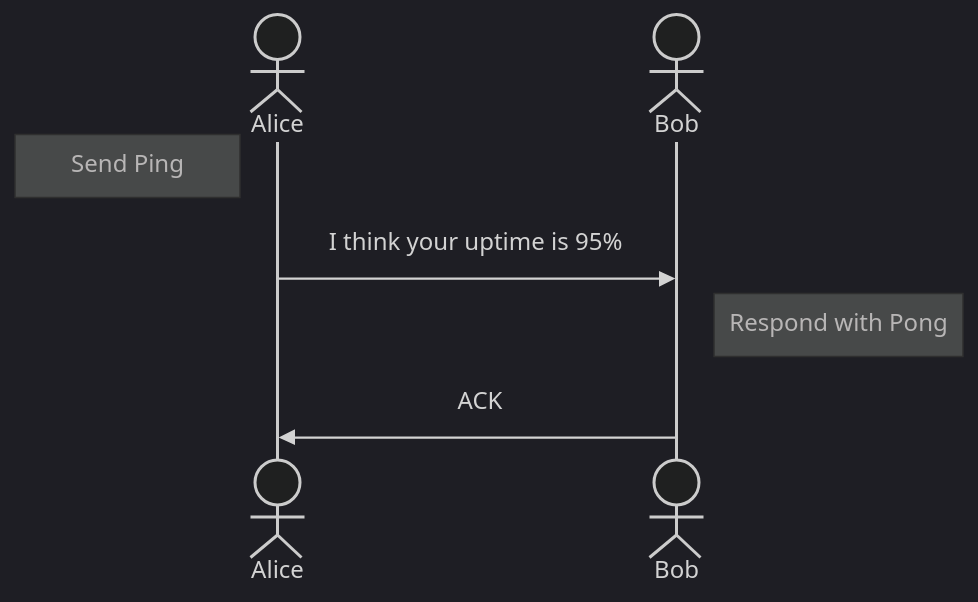
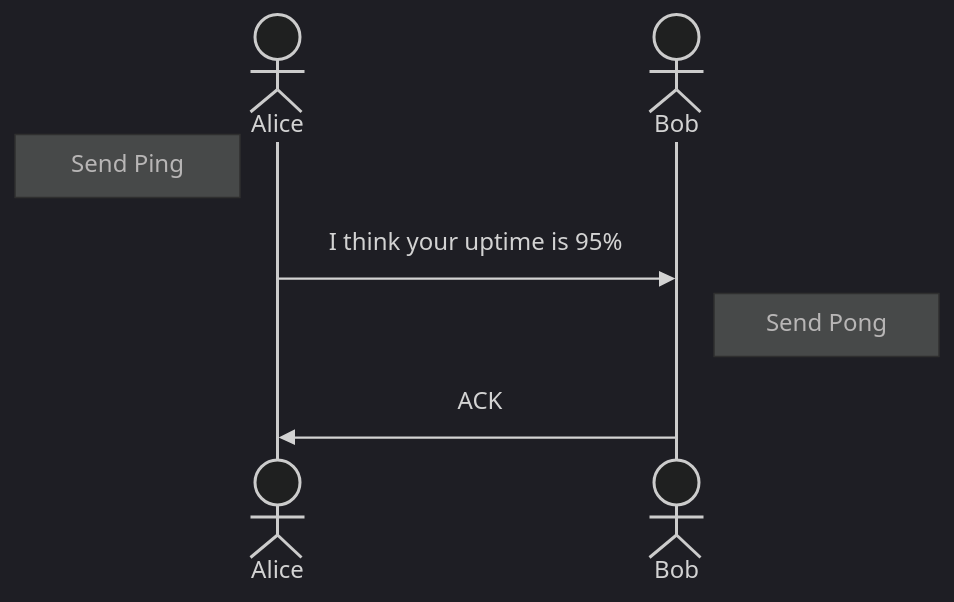
The fourth of 8 diagrams in network/README.md (ava-labs/avalanchego), drawn with Mermaid (dark theme) before and after one commit.

````diff
--- a/network/README.md
+++ b/network/README.md
@@ -102,9 +102,9 @@
 ```mermaid
 sequenceDiagram
     actor Alice
     actor Bob
     Note left of Alice: Send Ping
     Alice->>Bob: I think your uptime is 95%
-    Note right of Bob: Respond with Pong
+    Note right of Bob: Send Pong
     Bob->>Alice: ACK
 ```
````
